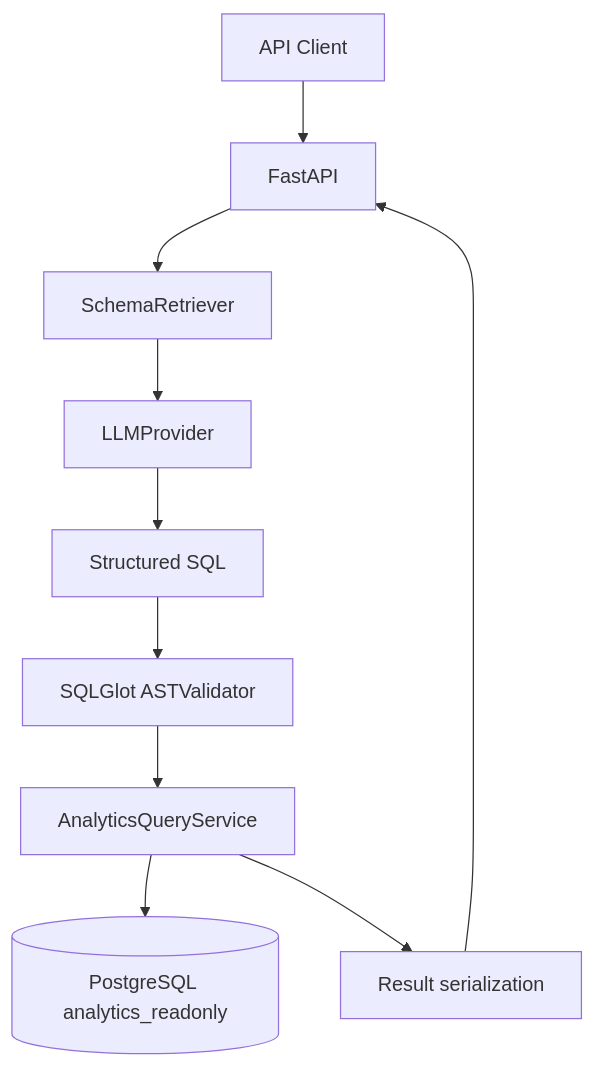
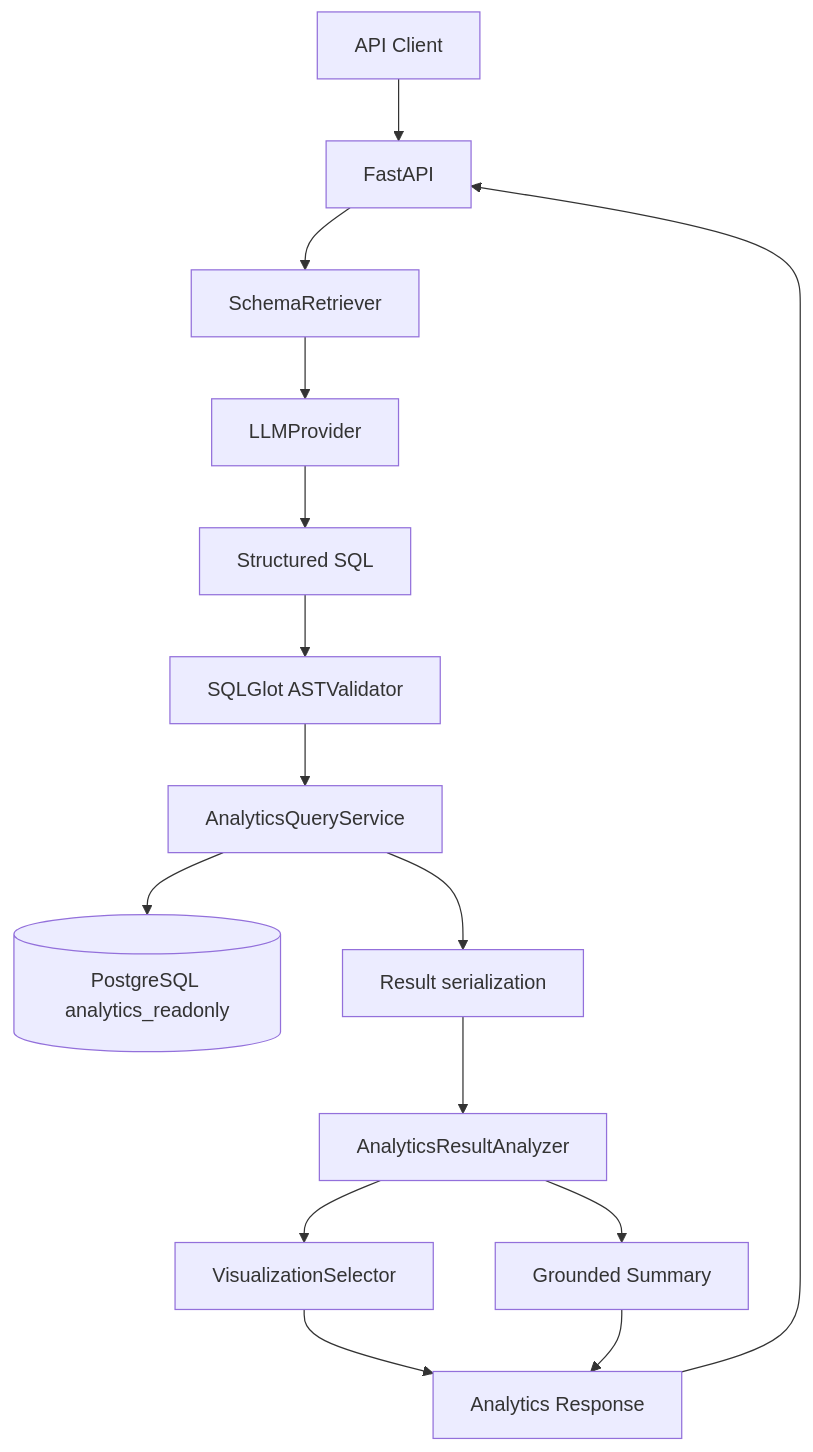
One commit to TitanMashy/ai-sql-analytics-copilot changed the diagram in docs/architecture.md. Above: the diagram before and after it, drawn with Mermaid. The commit also changed other lines of this file and 17 other files, not shown here.

First line of the commit message:
feat(analytics): add result intelligence and visualization engine

````diff
--- a/docs/architecture.md
+++ b/docs/architecture.md
@@ -3,12 +3,17 @@
 ```mermaid
 flowchart TD
     Client[API Client] --> API[FastAPI]
     API --> Retrieval[SchemaRetriever]
     Retrieval --> Provider[LLMProvider]
     Provider --> Generation[Structured SQL]
     Generation --> Validation[SQLGlot ASTValidator]
     Validation --> Service[AnalyticsQueryService]
     Service --> Analytics[(PostgreSQL analytics_readonly)]
     Service --> Serialization[Result serialization]
-    Serialization --> API
+    Serialization --> Analyzer[AnalyticsResultAnalyzer]
+    Analyzer --> Visualization[VisualizationSelector]
+    Analyzer --> Summary[Grounded Summary]
+    Visualization --> Response[Analytics Response]
+    Summary --> Response
+    Response --> API
 ```
````
